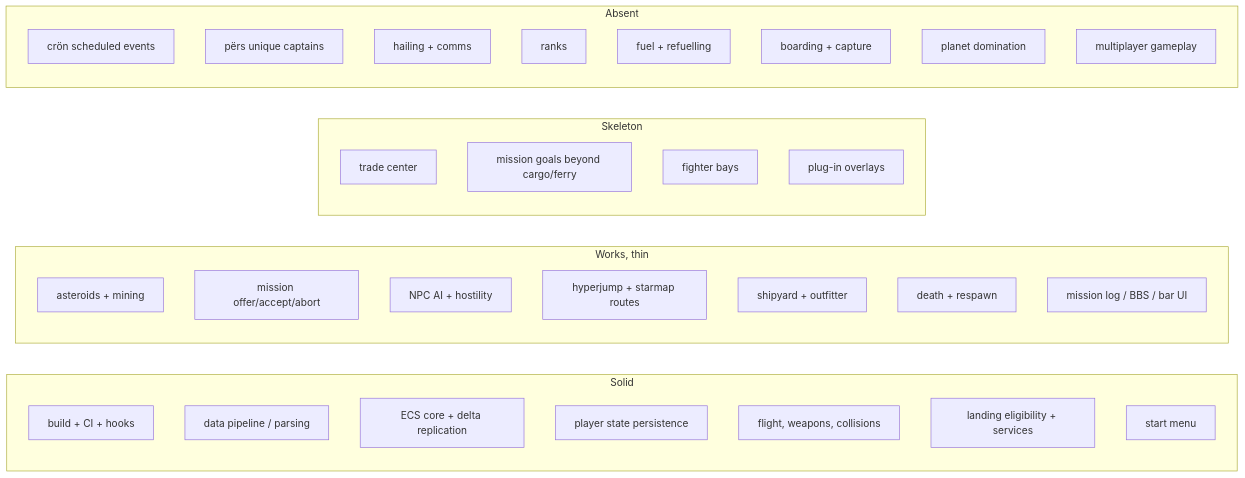
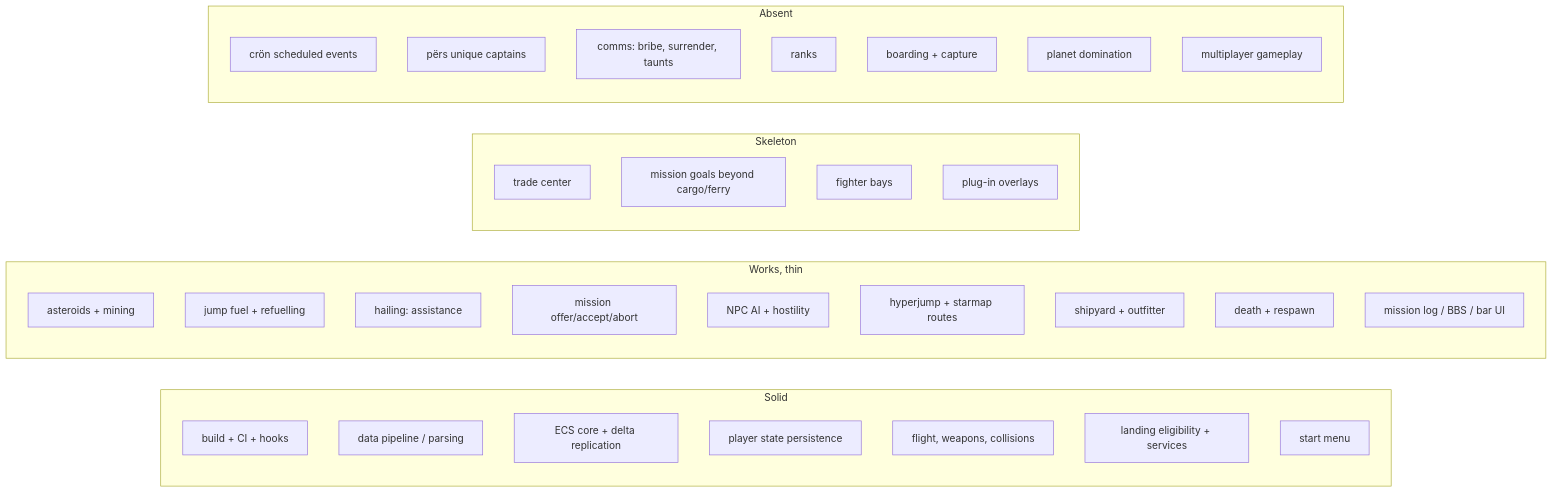
The diagram in docs/maturity.md (NotNANtoN/NovaJS), drawn with Mermaid before and after one commit. The commit also changed other lines of this file, not shown here.

Commit message:
Update the maturity map for jump fuel, hailing and the real state of NPC AI

````diff
--- a/docs/maturity.md
+++ b/docs/maturity.md
@@ -35,37 +35,38 @@
 ```mermaid
 graph LR
     subgraph Solid
         S1[build + CI + hooks]
         S2[data pipeline / parsing]
         S3[ECS core + delta replication]
         S4[player state persistence]
         S5[flight, weapons, collisions]
         S6[landing eligibility + services]
         S7[start menu]
     end
     subgraph "Works, thin"
         T0[asteroids + mining]
+        T7[jump fuel + refuelling]
+        T8[hailing: assistance]
         T1[mission offer/accept/abort]
         T2[NPC AI + hostility]
         T3[hyperjump + starmap routes]
         T4[shipyard + outfitter]
         T5[death + respawn]
         T6[mission log / BBS / bar UI]
     end
     subgraph Skeleton
         K1[trade center]
         K2[mission goals beyond cargo/ferry]
         K3[fighter bays]
         K4[plug-in overlays]
     end
     subgraph Absent
         A1["crön scheduled events"]
         A2["përs unique captains"]
-        A3[hailing + comms]
+        A3[comms: bribe, surrender, taunts]
         A4[ranks]
-        A5[fuel + refuelling]
         A6[boarding + capture]
         A7[planet domination]
         A8[multiplayer gameplay]
     end
 ```
````
